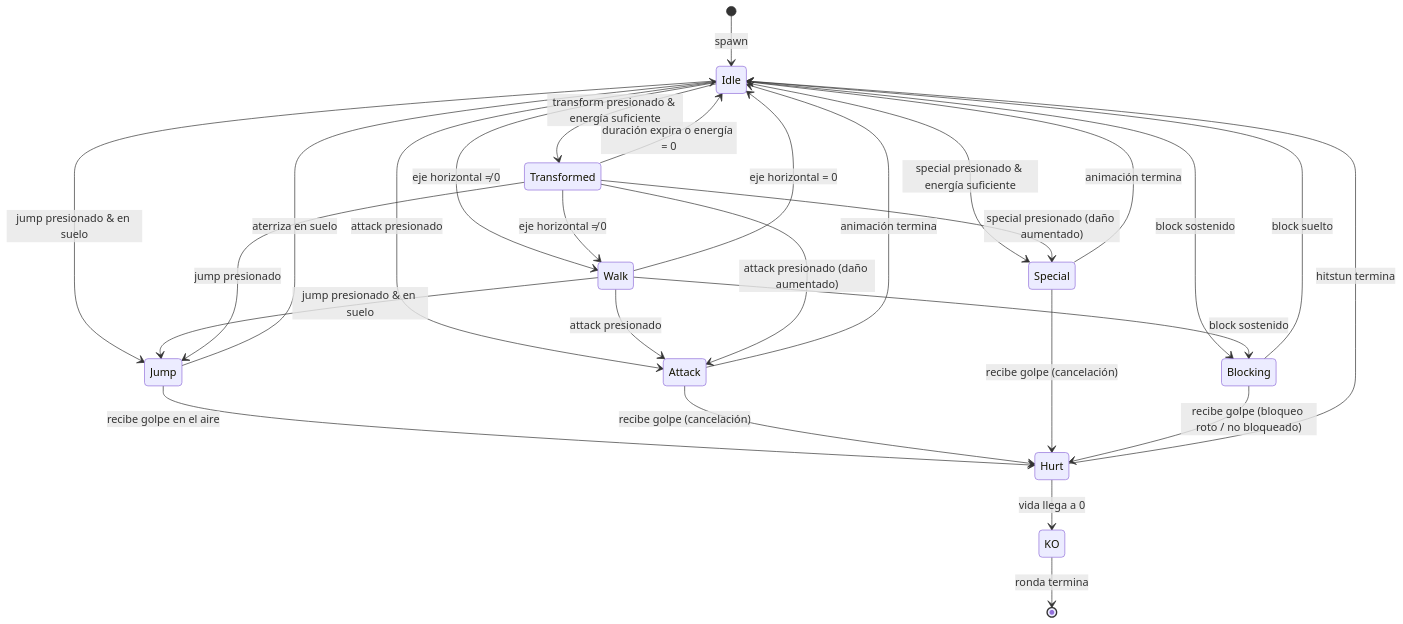
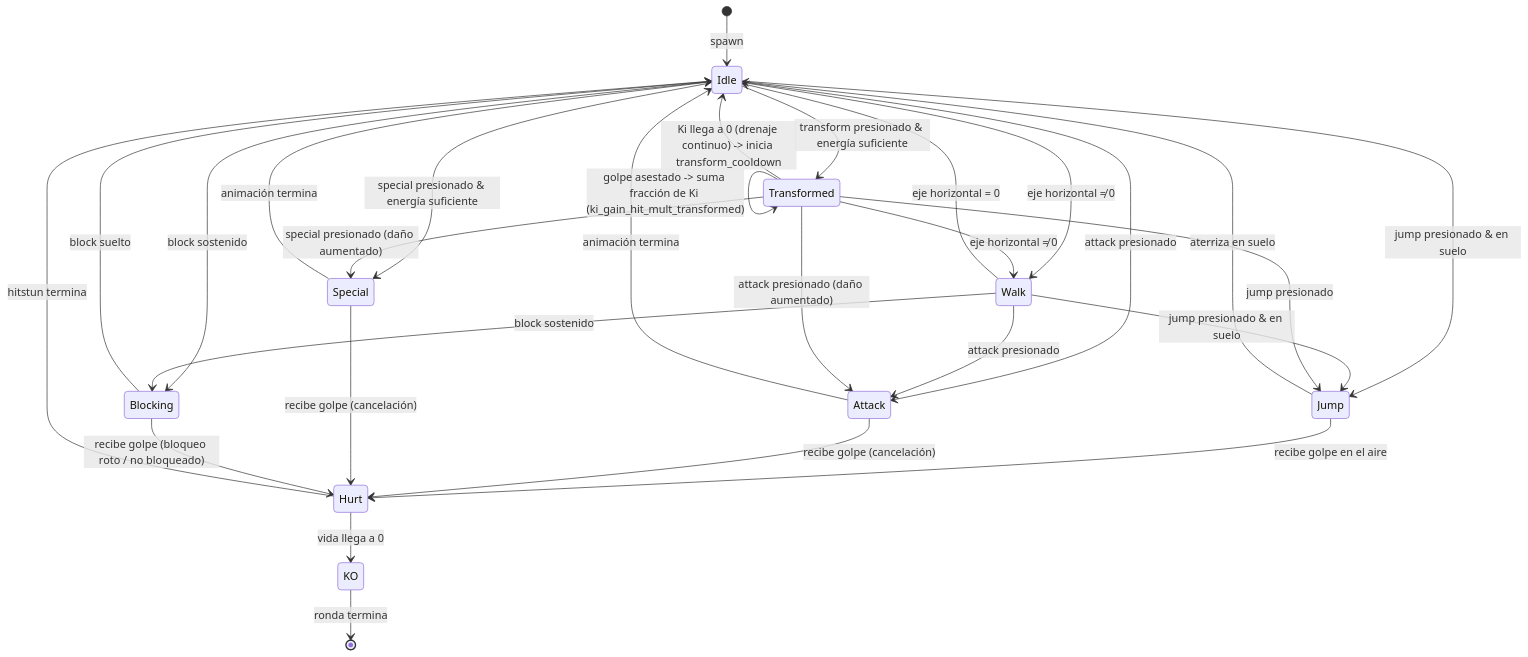
The second of 3 diagrams in docs/diagrams.md (Santi234wa/Proyecto_juego_peleas), drawn with Mermaid before and after one commit. The commit also changed other lines of this file and 22 other files, not shown here.

````diff
--- a/docs/diagrams.md
+++ b/docs/diagrams.md
@@ -194,39 +219,40 @@
 ```mermaid
 stateDiagram-v2
     [*] --> Idle : spawn
 
     Idle --> Walk        : eje horizontal ≠ 0
     Idle --> Jump        : jump presionado & en suelo
     Idle --> Attack      : attack presionado
     Idle --> Special     : special presionado & energía suficiente
     Idle --> Blocking    : block sostenido
     Idle --> Transformed : transform presionado & energía suficiente
 
     Walk --> Idle        : eje horizontal = 0
     Walk --> Jump        : jump presionado & en suelo
     Walk --> Attack      : attack presionado
     Walk --> Blocking    : block sostenido
 
     Jump --> Idle        : aterriza en suelo
     Jump --> Hurt        : recibe golpe en el aire
 
     Attack --> Idle      : animación termina
     Attack --> Hurt      : recibe golpe (cancelación)
 
     Special --> Idle     : animación termina
     Special --> Hurt     : recibe golpe (cancelación)
 
     Blocking --> Idle    : block suelto
     Blocking --> Hurt    : recibe golpe (bloqueo roto / no bloqueado)
 
     Hurt --> Idle        : hitstun termina
     Hurt --> KO          : vida llega a 0
 
     Transformed --> Walk     : eje horizontal ≠ 0
     Transformed --> Jump     : jump presionado
     Transformed --> Attack   : attack presionado (daño aumentado)
     Transformed --> Special  : special presionado (daño aumentado)
-    Transformed --> Idle     : duración expira o energía = 0
+    Transformed --> Idle     : Ki llega a 0 (drenaje continuo) -> inicia transform_cooldown
+    Transformed --> Transformed : golpe asestado -> suma fracción de Ki (ki_gain_hit_mult_transformed)
 
     KO --> [*]           : ronda termina
 ```
````
